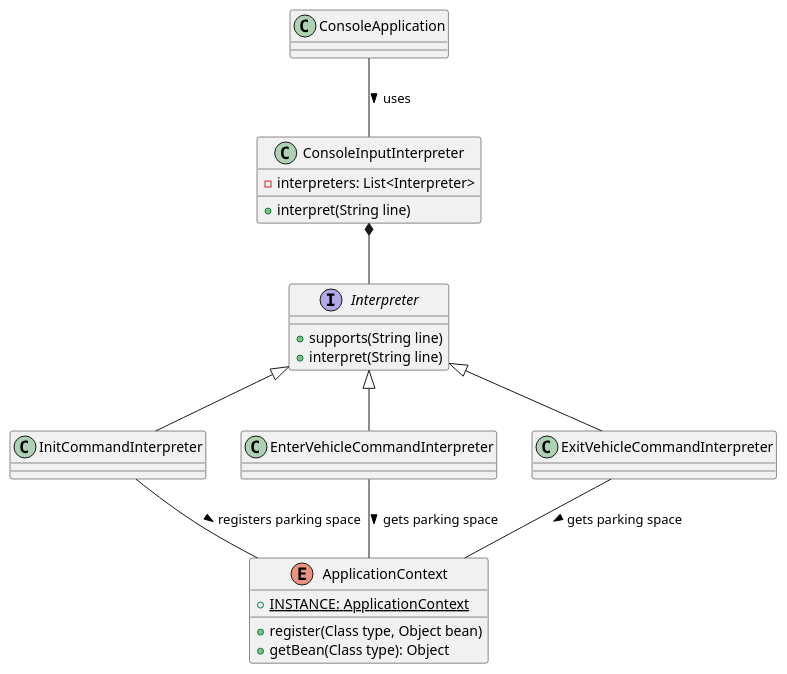
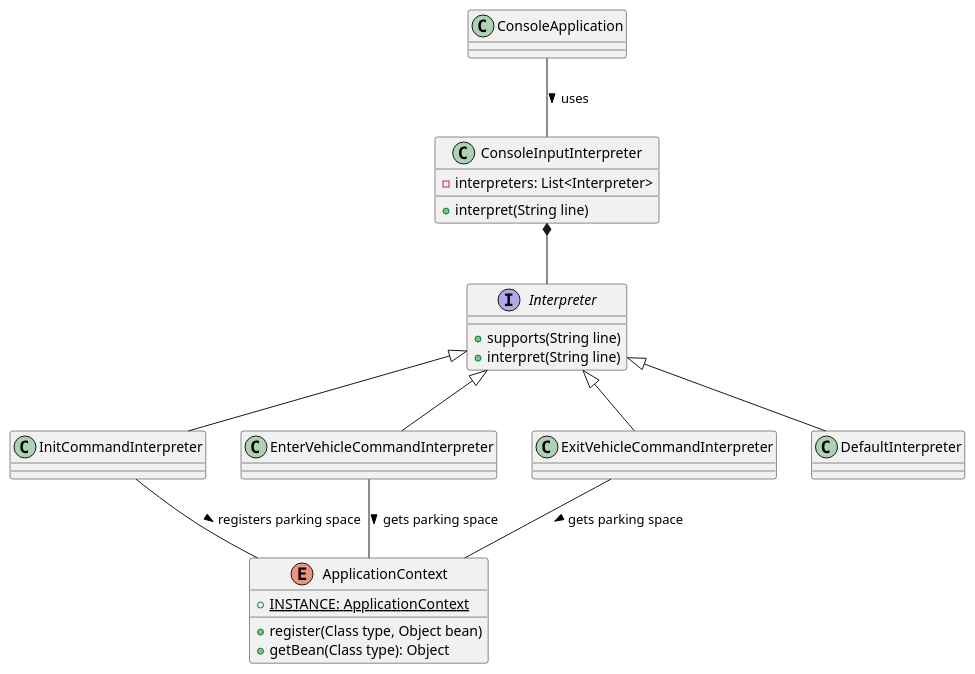
Before and after one commit to mettyoung/automated-valet-car-parking-system: the diagram in docs/c4-presentation.puml, drawn with PlantUML. The commit also changed 2 other files, not shown here.

Commit message:
Update time sequence diagram

```diff
--- a/docs/c4-presentation.puml
+++ b/docs/c4-presentation.puml
@@ -1,35 +1,37 @@
 @startuml
 
 class ConsoleApplication
 
 interface Interpreter {
     + supports(String line)
     + interpret(String line)
 }
 
 class ConsoleInputInterpreter {
     - interpreters: List<Interpreter>
     + interpret(String line)
 }
 
 enum ApplicationContext {
     + {static} INSTANCE: ApplicationContext
     + register(Class type, Object bean)
     + getBean(Class type): Object
 }
 
 class InitCommandInterpreter
 class EnterVehicleCommandInterpreter
 class ExitVehicleCommandInterpreter
+class DefaultInterpreter
 
 Interpreter <|-- InitCommandInterpreter
 Interpreter <|-- EnterVehicleCommandInterpreter
 Interpreter <|-- ExitVehicleCommandInterpreter
+Interpreter <|-- DefaultInterpreter
 ConsoleInputInterpreter *-- Interpreter
 InitCommandInterpreter -- ApplicationContext: registers parking space >
 EnterVehicleCommandInterpreter -- ApplicationContext: gets parking space >
 ExitVehicleCommandInterpreter -- ApplicationContext: gets parking space >
 
 ConsoleApplication -- ConsoleInputInterpreter: uses >
 
 @enduml
```
